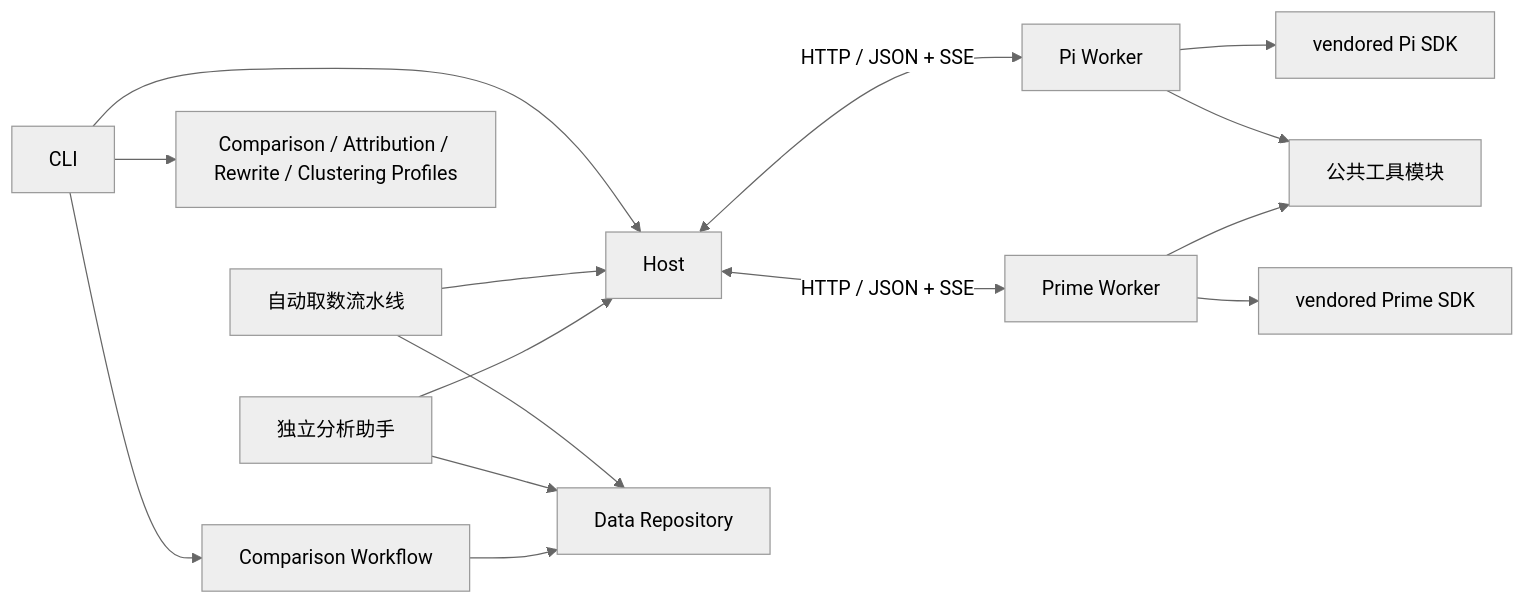
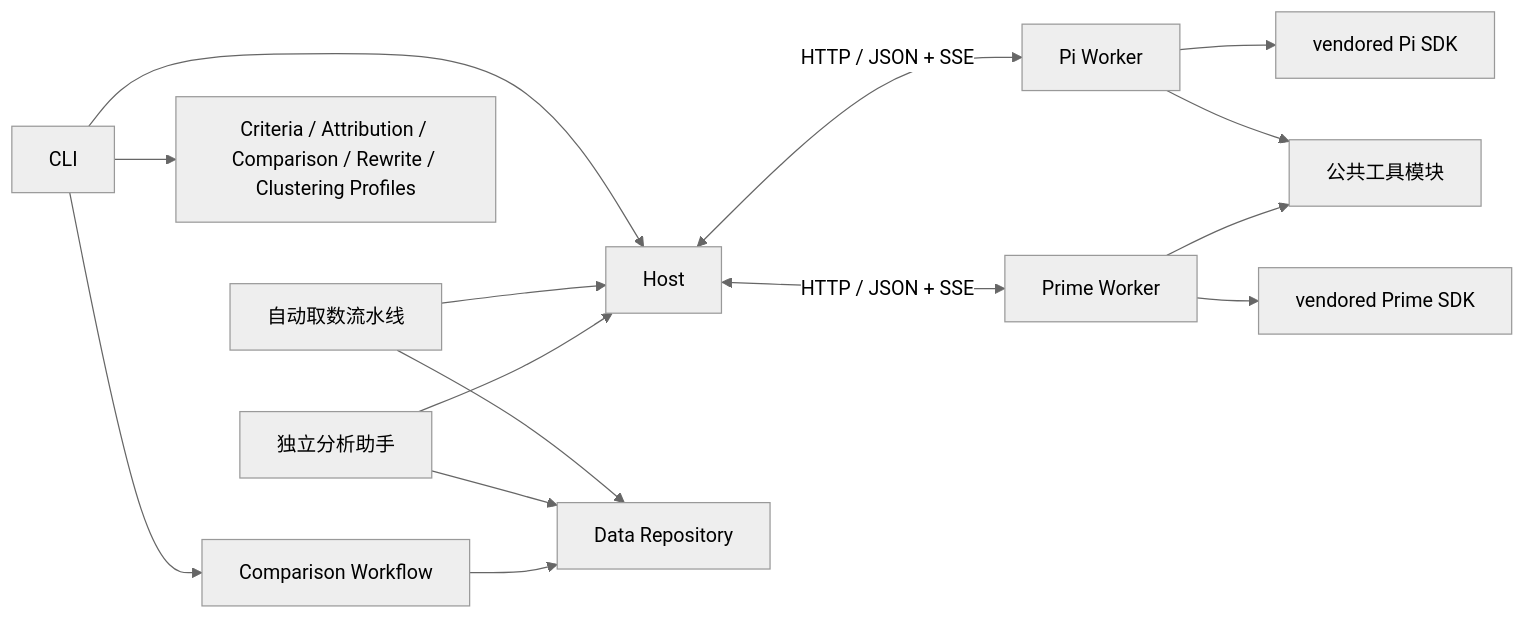
The diagram in docs/architecture.md (cmy-hhxx/agent_eval_harness), drawn with Mermaid (neutral theme) before and after one commit. The commit also changed other lines of this file and 144 other files, not shown here.

````diff
--- a/docs/architecture.md
+++ b/docs/architecture.md
@@ -9,17 +9,17 @@
 ```mermaid
 flowchart LR
   CLI --> Host
   Automations[自动取数流水线] --> Host
   Automations --> Data
-  CLI --> Agents[Comparison / Attribution / Rewrite / Clustering Profiles]
+  CLI --> Agents[Criteria / Attribution / Comparison / Rewrite / Clustering Profiles]
   CLI --> Workflow[Comparison Workflow]
   Assistant[独立分析助手] --> Host
   Assistant --> Data[Data Repository]
   Workflow --> Data
   Host <-->|HTTP / JSON + SSE| Pi[Pi Worker]
   Host <-->|HTTP / JSON + SSE| Prime[Prime Worker]
   Pi --> PiSDK[vendored Pi SDK]
   Prime --> PrimeSDK[vendored Prime SDK]
   Pi --> Tools[公共工具模块]
   Prime --> Tools
 ```
````
